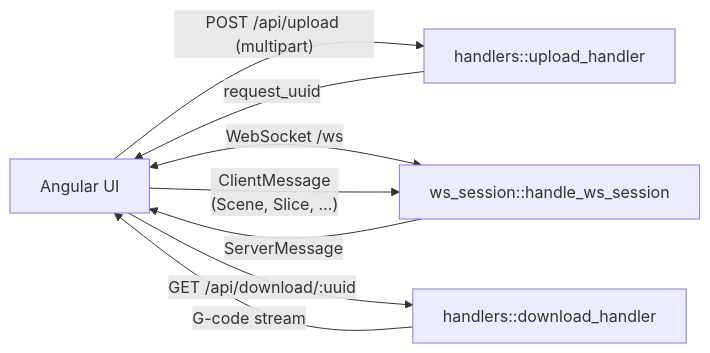
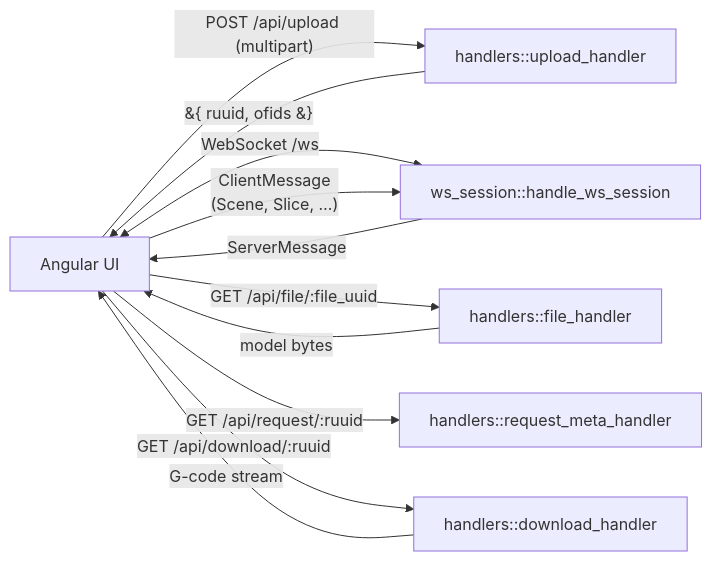
Before and after one commit to max-scopp/slicer-engine: the first of 3 diagrams in src/server/README.md, drawn with Mermaid. The commit also changed other lines of this file and 5 other files, not shown here.

First line of the commit message:
drop legacy upload columns from requests; rebuild docs around ruuid+ofids

````diff
--- a/src/server/README.md
+++ b/src/server/README.md
@@ -22,10 +22,13 @@
 ```mermaid
 flowchart LR
     UI[Angular UI] -- POST /api/upload (multipart) --> H[handlers::upload_handler]
-    H -- request_uuid --> UI
+    H -- &#123; ruuid, ofids &#125; --> UI
     UI <-- WebSocket /ws --> WS[ws_session::handle_ws_session]
     WS -- ServerMessage --> UI
     UI -- ClientMessage<br/>(Scene, Slice, …) --> WS
-    UI -- GET /api/download/:uuid --> H2[handlers::download_handler]
+    UI -- GET /api/file/:file_uuid --> H3[handlers::file_handler]
+    UI -- GET /api/request/:ruuid --> H4[handlers::request_meta_handler]
+    UI -- GET /api/download/:ruuid --> H2[handlers::download_handler]
     H2 -- G-code stream --> UI
+    H3 -- model bytes --> UI
 ```
````
